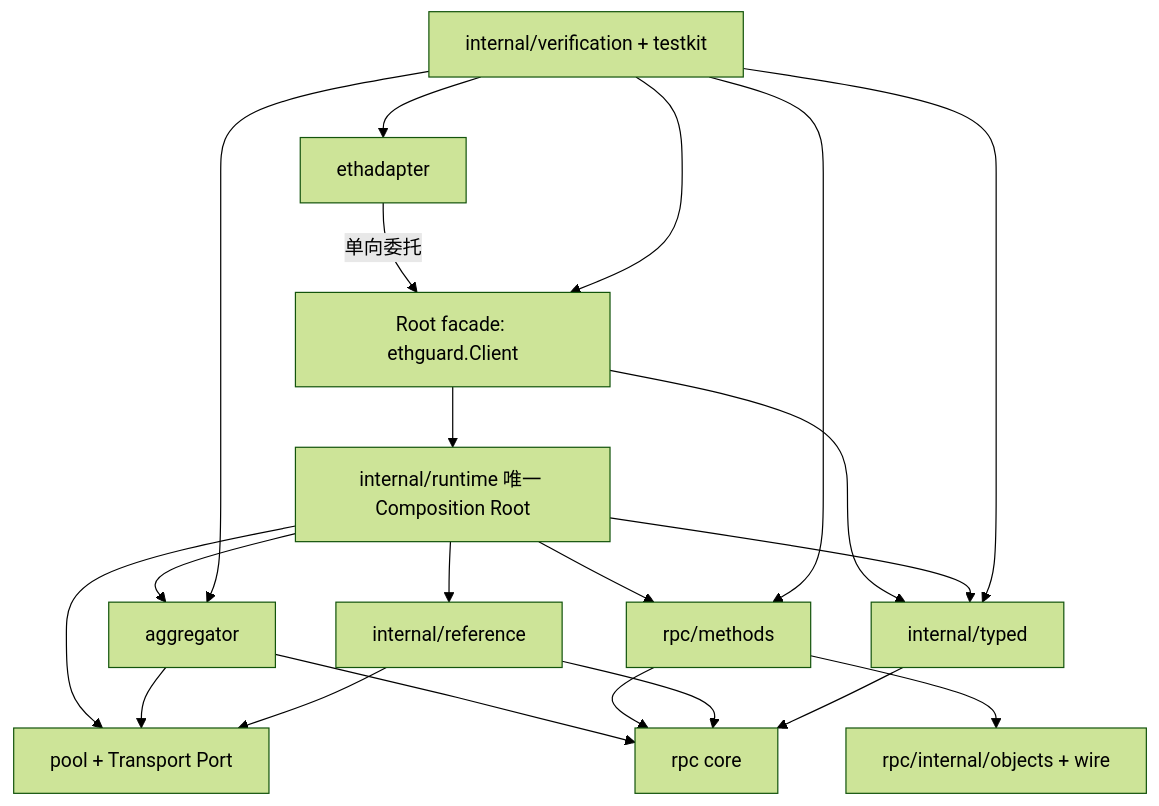
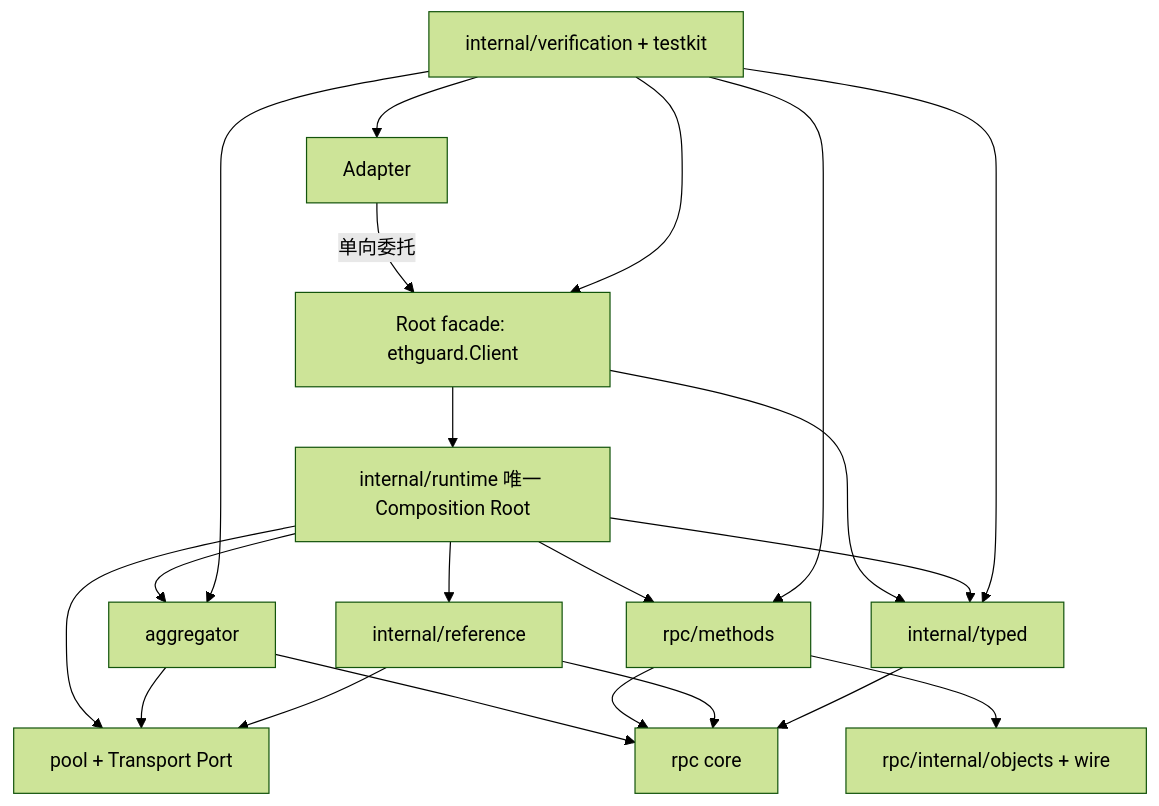
Before and after one commit to codermaybe/ethguard: the diagram in docs/design/codebase-topology.md, drawn with Mermaid (forest theme). The commit also changed other lines of this file and 15 other files, not shown here.

````diff
--- a/docs/design/codebase-topology.md
+++ b/docs/design/codebase-topology.md
@@ -178,35 +174,34 @@
 ```mermaid
 flowchart TD
-    Adapter[ethadapter]
     RootFacade[Root facade: ethguard.Client]
     Runtime[internal/runtime 唯一 Composition Root]
     Pool[pool + Transport Port]
     Agg[aggregator]
     RPC[rpc core]
     Methods[rpc/methods]
     Objects[rpc/internal/objects + wire]
     Typed[internal/typed]
     Reference[internal/reference]
     Verification[internal/verification + testkit]
 
     Adapter -->|单向委托| RootFacade
     RootFacade --> Runtime
     RootFacade --> Typed
     Runtime --> Pool
     Runtime --> Agg
     Runtime --> Methods
     Runtime --> Reference
     Runtime --> Typed
     Agg --> Pool
     Agg --> RPC
     Methods --> RPC
     Methods --> Objects
     Reference --> Pool
     Reference --> RPC
     Typed --> RPC
     Verification --> Adapter
     Verification --> RootFacade
     Verification --> Agg
     Verification --> Methods
     Verification --> Typed
 ```
````
